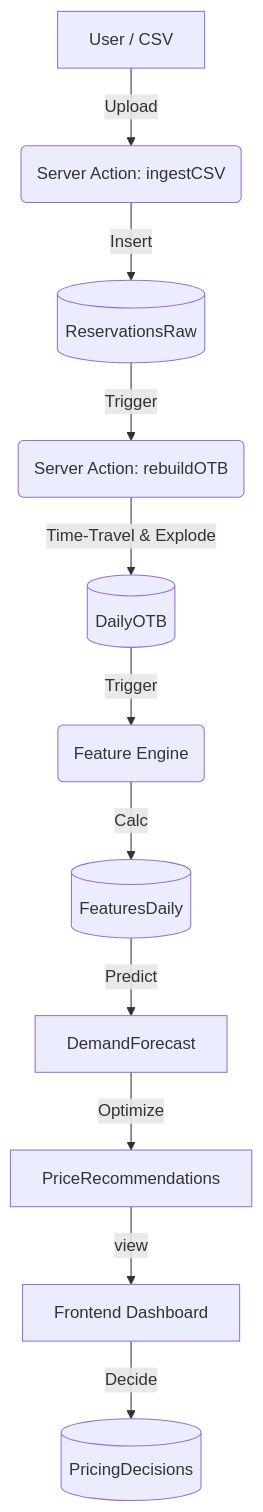
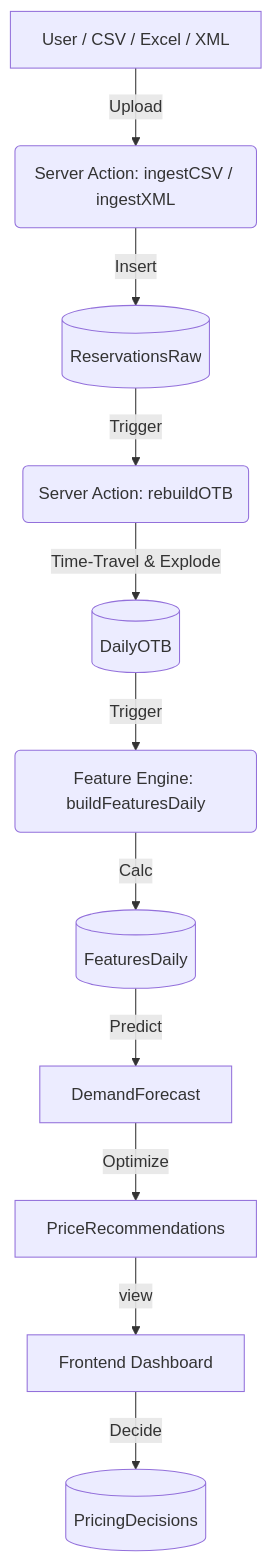
One commit to 4tkhospitality/revenue-managment-system changed the diagram in docs/architecture/system_overview.md. Above: the diagram before and after it, drawn with Mermaid. The commit also changed other lines of this file and 3 other files, not shown here.

Commit message:
docs: update CHANGELOG, brain.json, system_overview, schema with all changes since 2026-02-02

````diff
--- a/docs/architecture/system_overview.md
+++ b/docs/architecture/system_overview.md
@@ -35,13 +59,13 @@
 ```mermaid
 graph TD
-    A[User / CSV] -->|Upload| B(Server Action: ingestCSV)
+    A[User / CSV / Excel / XML] -->|Upload| B(Server Action: ingestCSV / ingestXML)
     B -->|Insert| C[(ReservationsRaw)]
     C -->|Trigger| D(Server Action: rebuildOTB)
     D -->|Time-Travel & Explode| E[(DailyOTB)]
-    E -->|Trigger| F(Feature Engine)
+    E -->|Trigger| F(Feature Engine: buildFeaturesDaily)
     F -->|Calc| G[(FeaturesDaily)]
     G -->|Predict| H[DemandForecast]
     H -->|Optimize| I[PriceRecommendations]
     I -->|view| J[Frontend Dashboard]
     J -->|Decide| K[(PricingDecisions)]
 ```
````
